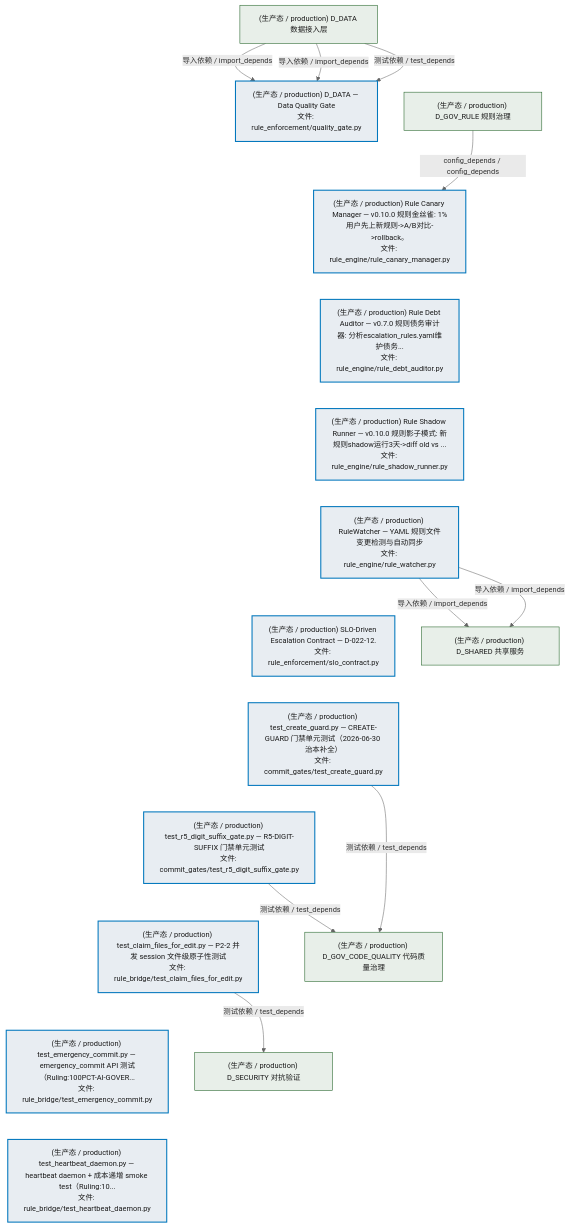
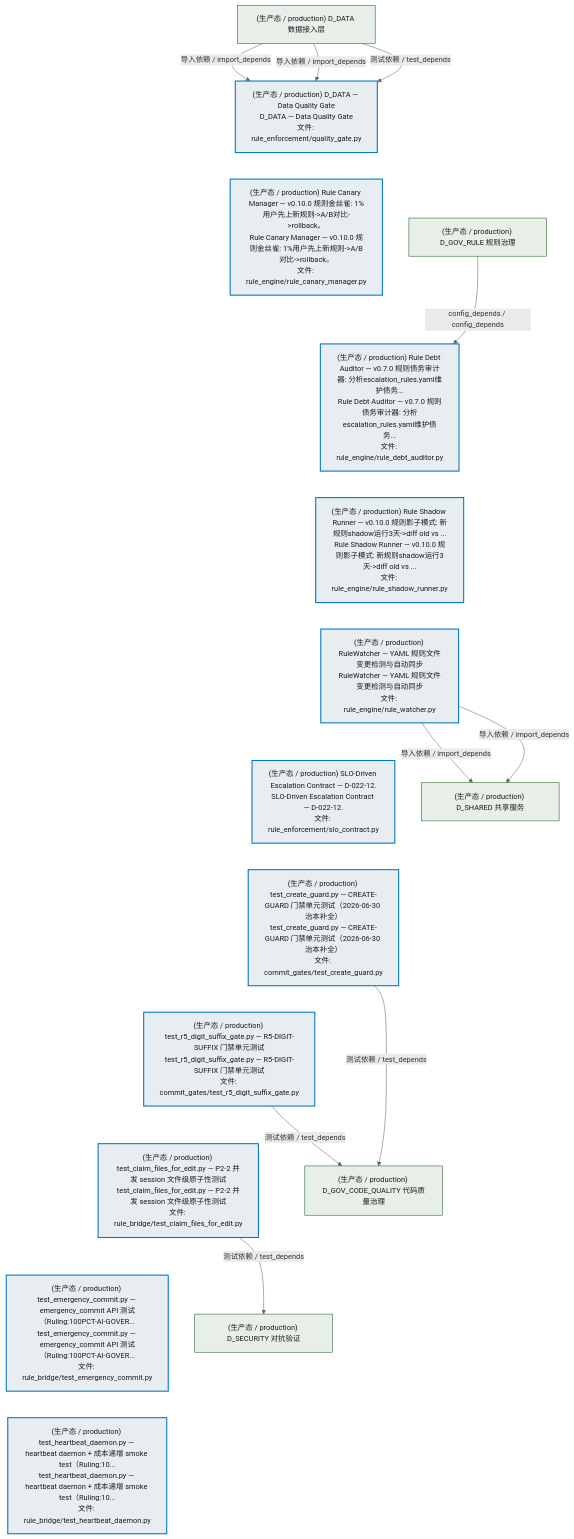
The second of 5 diagrams in docs/02_enterprise_architecture/02_domain_architecture_docs/53_d_gov_enforcement.md (xuanFelixVan/ZephyrAlpha), drawn with Mermaid before and after one commit. The commit also changed other lines of this file and 80 other files, not shown here.

````diff
--- a/docs/02_enterprise_architecture/02_domain_architecture_docs/53_d_gov_enforcement.md
+++ b/docs/02_enterprise_architecture/02_domain_architecture_docs/53_d_gov_enforcement.md
@@ -323,45 +325,45 @@
 ```mermaid
 %%{init: {'theme': 'base', 'themeVariables': {'primaryColor': '#eaeaea', 'primaryTextColor': '#333333', 'primaryBorderColor': '#666666', 'lineColor': '#666666', 'secondaryColor': '#eaeaea', 'tertiaryColor': '#eaeaea', 'fontSize': '14px'}}}%%
 flowchart TD
-    src_zephyr_gov_enforcement_rule_enforcement_quality_gate_py["(生产态 / production) D_DATA — Data Quality Gate<br/>文件: rule_enforcement/quality_gate.py"]
-    src_zephyr_gov_enforcement_rule_enforcement_rule_engine_rule_canary_manager_py["(生产态 / production) Rule Canary Manager — v0.10.0 规则金丝雀: 1%用户先上新规则->A/B对比->rollback。<br/>文件: rule_engine/rule_canary_manager.py"]
-    src_zephyr_gov_enforcement_rule_enforcement_rule_engine_rule_debt_auditor_py["(生产态 / production) Rule Debt Auditor — v0.7.0 规则债务审计器: 分析escalation_rules.yaml维护债务...<br/>文件: rule_engine/rule_debt_auditor.py"]
-    src_zephyr_gov_enforcement_rule_enforcement_rule_engine_rule_shadow_runner_py["(生产态 / production) Rule Shadow Runner — v0.10.0 规则影子模式: 新规则shadow运行3天->diff old vs ...<br/>文件: rule_engine/rule_shadow_runner.py"]
-    src_zephyr_gov_enforcement_rule_enforcement_rule_engine_rule_watcher_py["(生产态 / production) RuleWatcher — YAML 规则文件变更检测与自动同步<br/>文件: rule_engine/rule_watcher.py"]
-    src_zephyr_gov_enforcement_rule_enforcement_slo_contract_py["(生产态 / production) SLO-Driven Escalation Contract — D-022-12.<br/>文件: rule_enforcement/slo_contract.py"]
-    tests_governance_commit_gates_test_create_guard_py["(生产态 / production) test_create_guard.py — CREATE-GUARD 门禁单元测试（2026-06-30 治本补全）<br/>文件: commit_gates/test_create_guard.py"]
-    tests_governance_commit_gates_test_r5_digit_suffix_gate_py["(生产态 / production) test_r5_digit_suffix_gate.py — R5-DIGIT-SUFFIX 门禁单元测试<br/>文件: commit_gates/test_r5_digit_suffix_gate.py"]
-    tests_governance_rule_bridge_test_claim_files_for_edit_py["(生产态 / production) test_claim_files_for_edit.py — P2-2 并发 session 文件级原子性测试<br/>文件: rule_bridge/test_claim_files_for_edit.py"]
-    tests_governance_rule_bridge_test_emergency_commit_py["(生产态 / production) test_emergency_commit.py — emergency_commit API 测试（Ruling:100PCT-AI-GOVER...<br/>文件: rule_bridge/test_emergency_commit.py"]
-    tests_governance_rule_bridge_test_heartbeat_daemon_py["(生产态 / production) test_heartbeat_daemon.py — heartbeat daemon + 成本递增 smoke test（Ruling:10...<br/>文件: rule_bridge/test_heartbeat_daemon.py"]
+    src_zephyr_gov_enforcement_rule_enforcement_quality_gate_py["(生产态 / production) D_DATA — Data Quality Gate<br/>D_DATA — Data Quality Gate<br/>文件: rule_enforcement/quality_gate.py"]
+    src_zephyr_gov_enforcement_rule_enforcement_rule_engine_rule_canary_manager_py["(生产态 / production) Rule Canary Manager — v0.10.0 规则金丝雀: 1%用户先上新规则->A/B对比->rollback。<br/>Rule Canary Manager — v0.10.0 规则金丝雀: 1%用户先上新规则->A/B对比->rollback。<br/>文件: rule_engine/rule_canary_manager.py"]
+    src_zephyr_gov_enforcement_rule_enforcement_rule_engine_rule_debt_auditor_py["(生产态 / production) Rule Debt Auditor — v0.7.0 规则债务审计器: 分析escalation_rules.yaml维护债务...<br/>Rule Debt Auditor — v0.7.0 规则债务审计器: 分析escalation_rules.yaml维护债务...<br/>文件: rule_engine/rule_debt_auditor.py"]
+    src_zephyr_gov_enforcement_rule_enforcement_rule_engine_rule_shadow_runner_py["(生产态 / production) Rule Shadow Runner — v0.10.0 规则影子模式: 新规则shadow运行3天->diff old vs ...<br/>Rule Shadow Runner — v0.10.0 规则影子模式: 新规则shadow运行3天->diff old vs ...<br/>文件: rule_engine/rule_shadow_runner.py"]
+    src_zephyr_gov_enforcement_rule_enforcement_rule_engine_rule_watcher_py["(生产态 / production) RuleWatcher — YAML 规则文件变更检测与自动同步<br/>RuleWatcher — YAML 规则文件变更检测与自动同步<br/>文件: rule_engine/rule_watcher.py"]
+    src_zephyr_gov_enforcement_rule_enforcement_slo_contract_py["(生产态 / production) SLO-Driven Escalation Contract — D-022-12.<br/>SLO-Driven Escalation Contract — D-022-12.<br/>文件: rule_enforcement/slo_contract.py"]
+    tests_governance_commit_gates_test_create_guard_py["(生产态 / production) test_create_guard.py — CREATE-GUARD 门禁单元测试（2026-06-30 治本补全）<br/>test_create_guard.py — CREATE-GUARD 门禁单元测试（2026-06-30 治本补全）<br/>文件: commit_gates/test_create_guard.py"]
+    tests_governance_commit_gates_test_r5_digit_suffix_gate_py["(生产态 / production) test_r5_digit_suffix_gate.py — R5-DIGIT-SUFFIX 门禁单元测试<br/>test_r5_digit_suffix_gate.py — R5-DIGIT-SUFFIX 门禁单元测试<br/>文件: commit_gates/test_r5_digit_suffix_gate.py"]
+    tests_governance_rule_bridge_test_claim_files_for_edit_py["(生产态 / production) test_claim_files_for_edit.py — P2-2 并发 session 文件级原子性测试<br/>test_claim_files_for_edit.py — P2-2 并发 session 文件级原子性测试<br/>文件: rule_bridge/test_claim_files_for_edit.py"]
+    tests_governance_rule_bridge_test_emergency_commit_py["(生产态 / production) test_emergency_commit.py — emergency_commit API 测试（Ruling:100PCT-AI-GOVER...<br/>test_emergency_commit.py — emergency_commit API 测试（Ruling:100PCT-AI-GOVER...<br/>文件: rule_bridge/test_emergency_commit.py"]
+    tests_governance_rule_bridge_test_heartbeat_daemon_py["(生产态 / production) test_heartbeat_daemon.py — heartbeat daemon + 成本递增 smoke test（Ruling:10...<br/>test_heartbeat_daemon.py — heartbeat daemon + 成本递增 smoke test（Ruling:10...<br/>文件: rule_bridge/test_heartbeat_daemon.py"]
     src_zephyr_gov_enforcement_rule_enforcement_quality_gate_py ~~~ src_zephyr_gov_enforcement_rule_enforcement_rule_engine_rule_canary_manager_py
     src_zephyr_gov_enforcement_rule_enforcement_rule_engine_rule_canary_manager_py ~~~ src_zephyr_gov_enforcement_rule_enforcement_rule_engine_rule_debt_auditor_py
     src_zephyr_gov_enforcement_rule_enforcement_rule_engine_rule_debt_auditor_py ~~~ src_zephyr_gov_enforcement_rule_enforcement_rule_engine_rule_shadow_runner_py
     src_zephyr_gov_enforcement_rule_enforcement_rule_engine_rule_shadow_runner_py ~~~ src_zephyr_gov_enforcement_rule_enforcement_rule_engine_rule_watcher_py
     src_zephyr_gov_enforcement_rule_enforcement_rule_engine_rule_watcher_py ~~~ src_zephyr_gov_enforcement_rule_enforcement_slo_contract_py
     src_zephyr_gov_enforcement_rule_enforcement_slo_contract_py ~~~ tests_governance_commit_gates_test_create_guard_py
     tests_governance_commit_gates_test_create_guard_py ~~~ tests_governance_commit_gates_test_r5_digit_suffix_gate_py
     tests_governance_commit_gates_test_r5_digit_suffix_gate_py ~~~ tests_governance_rule_bridge_test_claim_files_for_edit_py
     tests_governance_rule_bridge_test_claim_files_for_edit_py ~~~ tests_governance_rule_bridge_test_emergency_commit_py
     tests_governance_rule_bridge_test_emergency_commit_py ~~~ tests_governance_rule_bridge_test_heartbeat_daemon_py
     D_SHARED["(生产态 / production) D_SHARED 共享服务"]
     src_zephyr_gov_enforcement_rule_enforcement_rule_engine_rule_watcher_py -->|导入依赖 / import_depends| D_SHARED
-    src_zephyr_gov_enforcement_rule_enforcement_rule_engine_rule_watcher_py -->|导入依赖 / import_depends| D_SHARED
-    D_GOV_CODE_QUALITY["(生产态 / production) D_GOV_CODE_QUALITY 代码质量治理"]
-    tests_governance_commit_gates_test_create_guard_py -->|测试依赖 / test_depends| D_GOV_CODE_QUALITY
-    tests_governance_commit_gates_test_r5_digit_suffix_gate_py -->|测试依赖 / test_depends| D_GOV_CODE_QUALITY
     D_SECURITY["(生产态 / production) D_SECURITY 对抗验证"]
     tests_governance_rule_bridge_test_claim_files_for_edit_py -->|测试依赖 / test_depends| D_SECURITY
+    D_GOV_CODE_QUALITY["(生产态 / production) D_GOV_CODE_QUALITY 代码质量治理"]
+    tests_governance_commit_gates_test_r5_digit_suffix_gate_py -->|测试依赖 / test_depends| D_GOV_CODE_QUALITY
+    tests_governance_commit_gates_test_create_guard_py -->|测试依赖 / test_depends| D_GOV_CODE_QUALITY
+    src_zephyr_gov_enforcement_rule_enforcement_rule_engine_rule_watcher_py -->|导入依赖 / import_depends| D_SHARED
     D_DATA["(生产态 / production) D_DATA 数据接入层"]
     D_DATA -->|导入依赖 / import_depends| src_zephyr_gov_enforcement_rule_enforcement_quality_gate_py
     D_DATA -->|导入依赖 / import_depends| src_zephyr_gov_enforcement_rule_enforcement_quality_gate_py
     D_DATA -->|测试依赖 / test_depends| src_zephyr_gov_enforcement_rule_enforcement_quality_gate_py
     D_GOV_RULE["(生产态 / production) D_GOV_RULE 规则治理"]
-    D_GOV_RULE -->|config_depends / config_depends| src_zephyr_gov_enforcement_rule_enforcement_rule_engine_rule_canary_manager_py
+    D_GOV_RULE -->|config_depends / config_depends| src_zephyr_gov_enforcement_rule_enforcement_rule_engine_rule_debt_auditor_py
     classDef production fill:#e8edf2,stroke:#0277bd,stroke-width:2px,color:#1a1a1a
     classDef design fill:#f0ebe3,stroke:#bf360c,stroke-width:2px,color:#1a1a1a,stroke-dasharray: 5 5
     classDef external_prod fill:#e8efe9,stroke:#1b5e20,stroke-width:1px,color:#1a1a1a
     classDef external_design fill:#efe5ea,stroke:#880e4f,stroke-width:1px,color:#1a1a1a,stroke-dasharray: 5 5
     class src_zephyr_gov_enforcement_rule_enforcement_quality_gate_py,src_zephyr_gov_enforcement_rule_enforcement_rule_engine_rule_canary_manager_py,src_zephyr_gov_enforcement_rule_enforcement_rule_engine_rule_debt_auditor_py,src_zephyr_gov_enforcement_rule_enforcement_rule_engine_rule_shadow_runner_py,src_zephyr_gov_enforcement_rule_enforcement_rule_engine_rule_watcher_py,src_zephyr_gov_enforcement_rule_enforcement_slo_contract_py,tests_governance_commit_gates_test_create_guard_py,tests_governance_commit_gates_test_r5_digit_suffix_gate_py,tests_governance_rule_bridge_test_claim_files_for_edit_py,tests_governance_rule_bridge_test_emergency_commit_py,tests_governance_rule_bridge_test_heartbeat_daemon_py production
-    class D_SHARED,D_GOV_CODE_QUALITY,D_SECURITY,D_DATA,D_GOV_RULE external_prod
+    class D_SHARED,D_SECURITY,D_GOV_CODE_QUALITY,D_DATA,D_GOV_RULE external_prod
 ```
````
